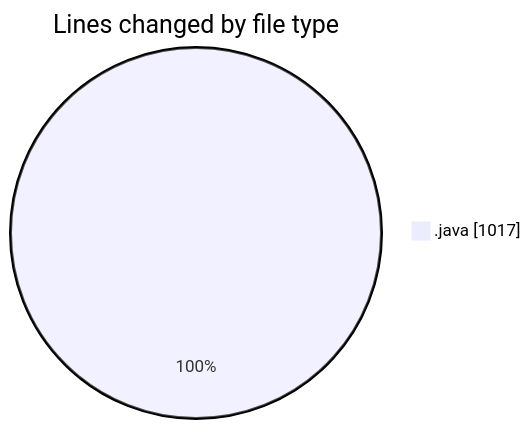
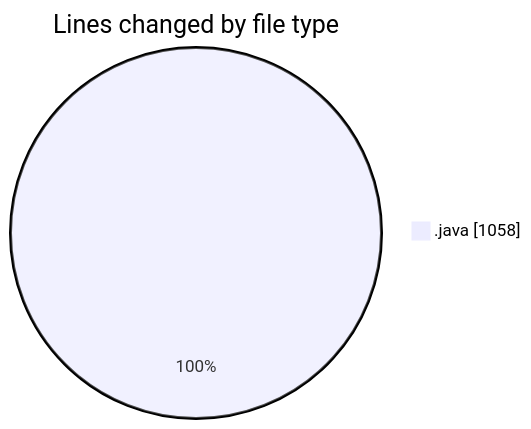
Before and after one commit to Elitesun/code-tracking: the first of 2 diagrams in 2025-02-20/gymmanager/README.md, drawn with Mermaid. The commit also changed other lines of this file and 1 other file, not shown here.

````diff
--- a/2025-02-20/gymmanager/README.md
+++ b/2025-02-20/gymmanager/README.md
@@ -27,5 +27,5 @@
 ```mermaid
 pie showData
 title Lines changed by file type
-".java" : 1017
+".java" : 1058
 ```
````
